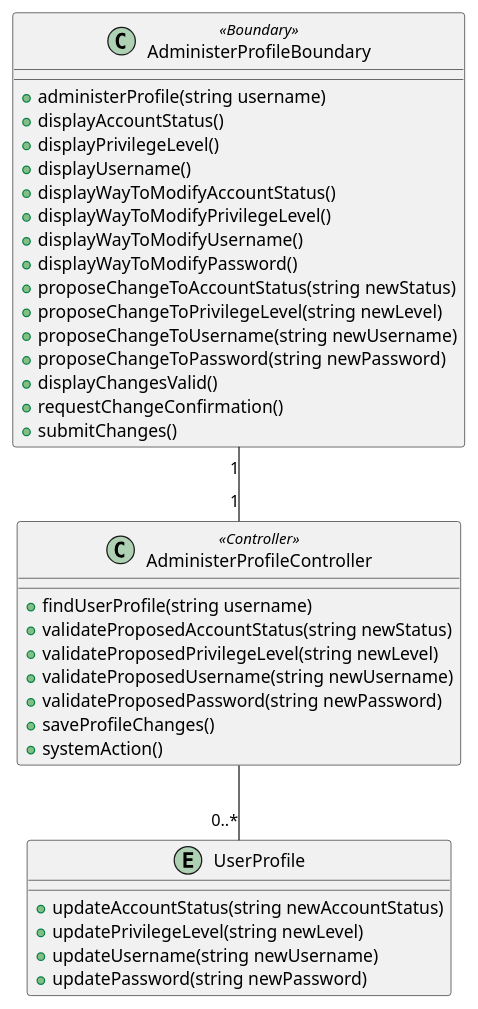
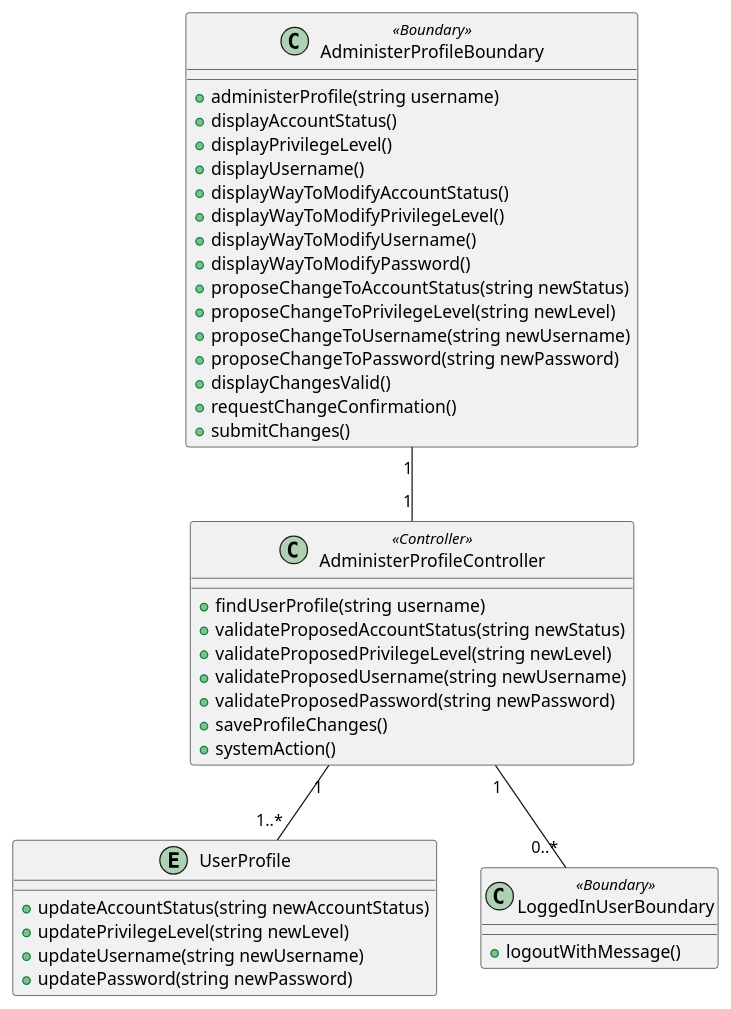
Before and after one commit to Lorilandly/ESN: the diagram in docs/ooa/administer-user-profile/vopc.puml, drawn with PlantUML.

Commit message:
Add LoggedInUserBoundary to vopc

```diff
--- a/docs/ooa/administer-user-profile/vopc.puml
+++ b/docs/ooa/administer-user-profile/vopc.puml
@@ -1,41 +1,46 @@
 @startuml
 
 class AdministerProfileBoundary <<Boundary>> {
     + administerProfile(string username)
     + displayAccountStatus()
     + displayPrivilegeLevel()
     + displayUsername()
     + displayWayToModifyAccountStatus()
     + displayWayToModifyPrivilegeLevel()
     + displayWayToModifyUsername()
     + displayWayToModifyPassword()
     + proposeChangeToAccountStatus(string newStatus)
     + proposeChangeToPrivilegeLevel(string newLevel)
     + proposeChangeToUsername(string newUsername)
     + proposeChangeToPassword(string newPassword)
     + displayChangesValid()
     + requestChangeConfirmation()
     + submitChanges()
 }
 
 class AdministerProfileController <<Controller>> {
     + findUserProfile(string username)
     + validateProposedAccountStatus(string newStatus)
     + validateProposedPrivilegeLevel(string newLevel)
     + validateProposedUsername(string newUsername)
     + validateProposedPassword(string newPassword)
     + saveProfileChanges()
     + systemAction()
 }
 
 entity UserProfile {
     + updateAccountStatus(string newAccountStatus)
     + updatePrivilegeLevel(string newLevel)
     + updateUsername(string newUsername)
     + updatePassword(string newPassword)
 }
 
+class LoggedInUserBoundary <<Boundary>> {
+    + logoutWithMessage()
+}
+
 AdministerProfileBoundary "1" -- "1" AdministerProfileController
-AdministerProfileController -- "0..*" UserProfile
+AdministerProfileController "1" -- "1..*" UserProfile
+AdministerProfileController "1" -- "0..*" LoggedInUserBoundary
 
 @enduml
```
